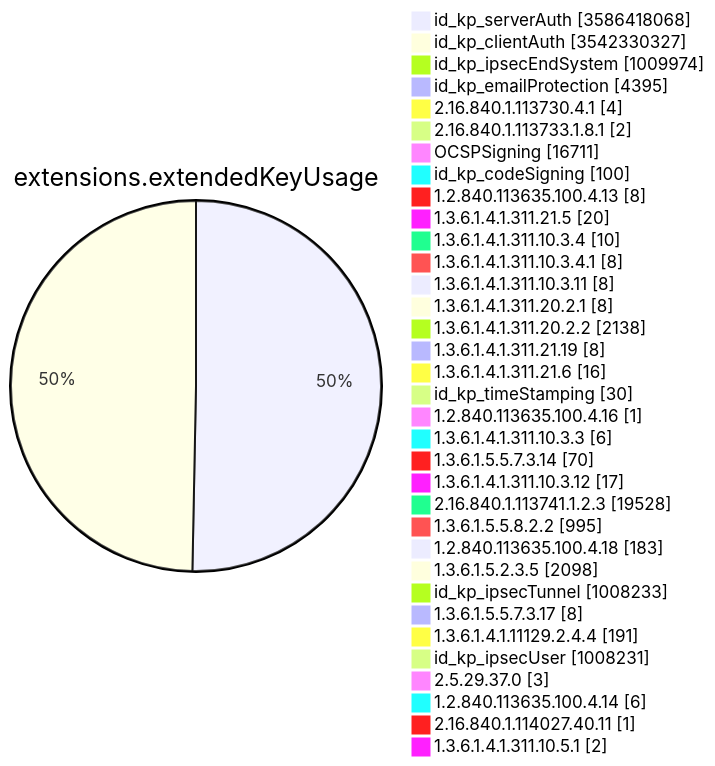
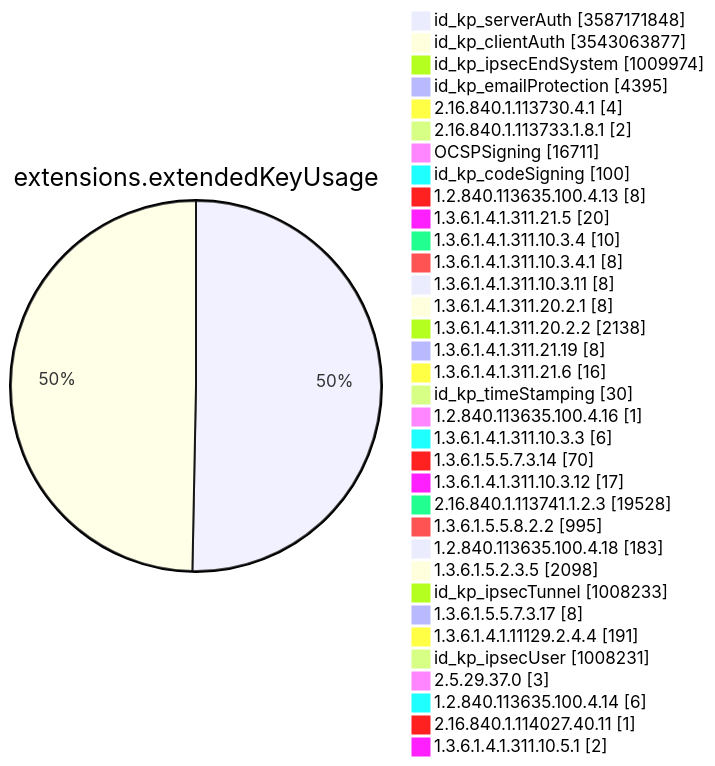
One commit to christiankrug/ctmonitor_visualization changed diagram 11 of 15 in TOTAL/README.md. Above: the diagram before and after it, drawn with Mermaid. The commit also changed other lines of this file, not shown here.

````diff
--- a/TOTAL/README.md
+++ b/TOTAL/README.md
@@ -4128,38 +4128,38 @@
 ```mermaid
 pie showData
 title extensions.extendedKeyUsage
-"id_kp_serverAuth" :3586418068
-"id_kp_clientAuth" :3542330327
+"id_kp_serverAuth" :3587171848
+"id_kp_clientAuth" :3543063877
 "id_kp_ipsecEndSystem" :1009974
 "id_kp_emailProtection" :4395
 "2.16.840.1.113730.4.1" :4
 "2.16.840.1.113733.1.8.1" :2
 "OCSPSigning" :16711
 "id_kp_codeSigning" :100
 "1.2.840.113635.100.4.13" :8
 "1.3.6.1.4.1.311.21.5" :20
 "1.3.6.1.4.1.311.10.3.4" :10
 "1.3.6.1.4.1.311.10.3.4.1" :8
 "1.3.6.1.4.1.311.10.3.11" :8
 "1.3.6.1.4.1.311.20.2.1" :8
 "1.3.6.1.4.1.311.20.2.2" :2138
 "1.3.6.1.4.1.311.21.19" :8
 "1.3.6.1.4.1.311.21.6" :16
 "id_kp_timeStamping" :30
 "1.2.840.113635.100.4.16" :1
 "1.3.6.1.4.1.311.10.3.3" :6
 "1.3.6.1.5.5.7.3.14" :70
 "1.3.6.1.4.1.311.10.3.12" :17
 "2.16.840.1.113741.1.2.3" :19528
 "1.3.6.1.5.5.8.2.2" :995
 "1.2.840.113635.100.4.18" :183
 "1.3.6.1.5.2.3.5" :2098
 "id_kp_ipsecTunnel" :1008233
 "1.3.6.1.5.5.7.3.17" :8
 "1.3.6.1.4.1.11129.2.4.4" :191
 "id_kp_ipsecUser" :1008231
 "2.5.29.37.0" :3
 "1.2.840.113635.100.4.14" :6
 "2.16.840.1.114027.40.11" :1
 "1.3.6.1.4.1.311.10.5.1" :2
 ```
````
